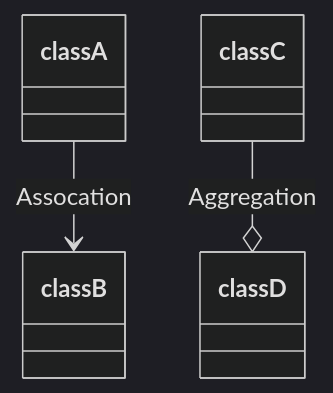
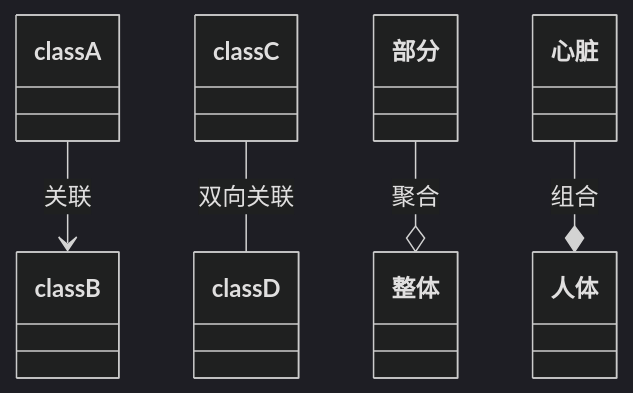
Before and after one commit to chesterchenn/blog: the third of 5 diagrams in _posts/2022/2022-05-02-UML.md, drawn with Mermaid (dark theme). The commit also changed other lines of this file, not shown here.

Commit message:
docs: 整理 UML 中的关系和图示

```diff
--- a/_posts/2022/2022-05-02-UML.md
+++ b/_posts/2022/2022-05-02-UML.md
@@ -116,5 +118,7 @@
 <div class="mermaid">
   classDiagram
-  classA --> classB : Assocation
-  classC --o classD : Aggregation
+  classA --> classB : 关联
+  classC -- classD : 双向关联
+  部分 --o 整体 : 聚合
+  心脏 --&#42; 人体 : 组合
 </div>
```
